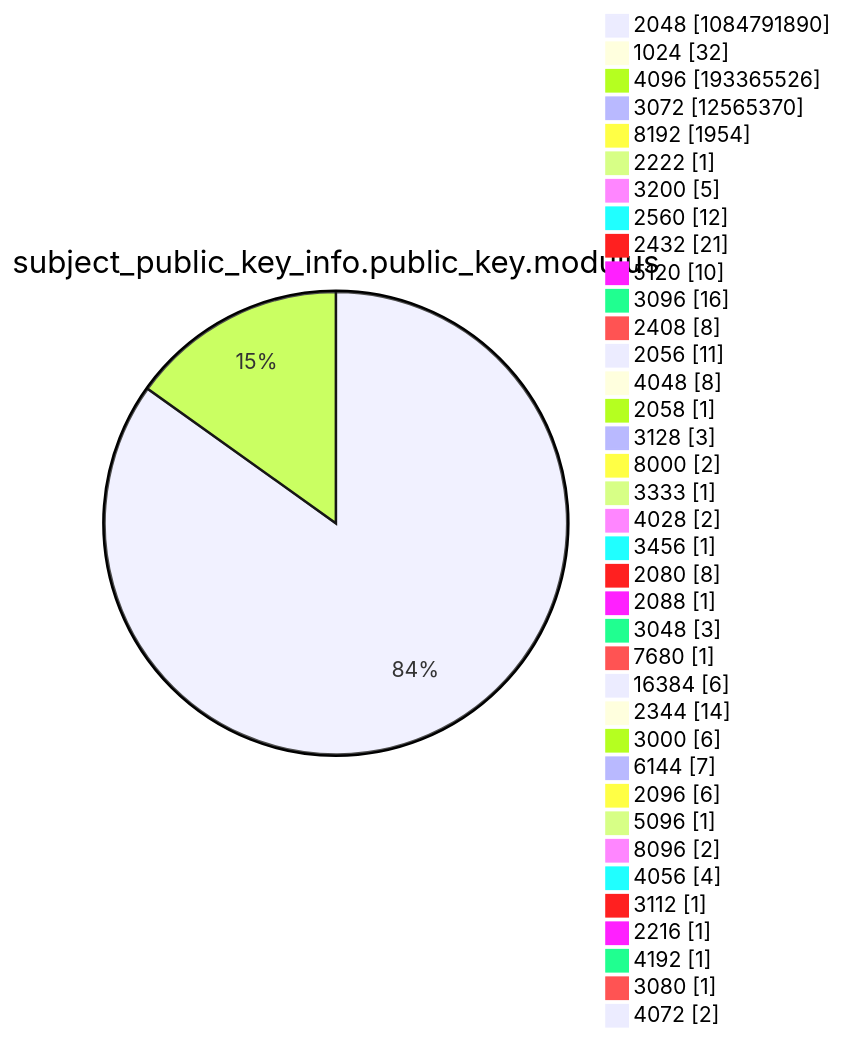
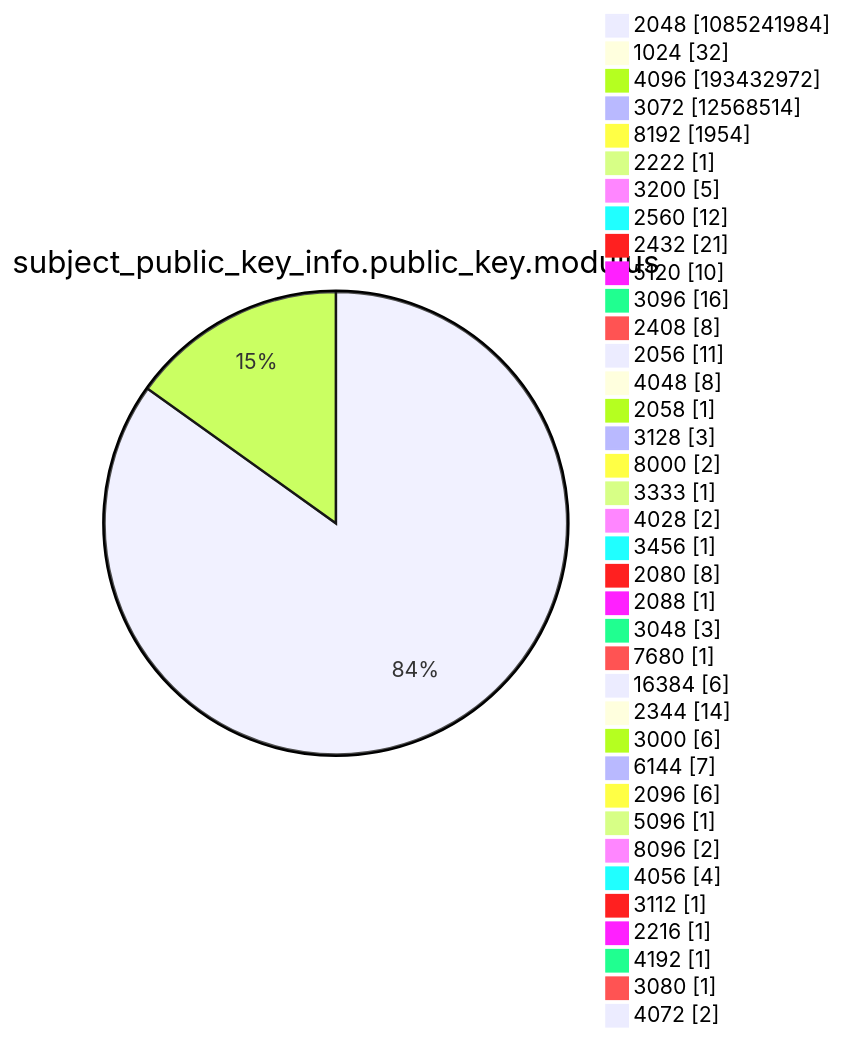
Before and after one commit to christiankrug/ctmonitor_visualization: diagram 13 of 15 in argon2022/README.md, drawn with Mermaid. The commit also changed other lines of this file, not shown here.

````diff
--- a/argon2022/README.md
+++ b/argon2022/README.md
@@ -3589,41 +3589,41 @@
 ```mermaid
 pie showData
 title subject_public_key_info.public_key.modulus
-"2048" :1084791890
+"2048" :1085241984
 "1024" :32
-"4096" :193365526
-"3072" :12565370
+"4096" :193432972
+"3072" :12568514
 "8192" :1954
 "2222" :1
 "3200" :5
 "2560" :12
 "2432" :21
 "5120" :10
 "3096" :16
 "2408" :8
 "2056" :11
 "4048" :8
 "2058" :1
 "3128" :3
 "8000" :2
 "3333" :1
 "4028" :2
 "3456" :1
 "2080" :8
 "2088" :1
 "3048" :3
 "7680" :1
 "16384" :6
 "2344" :14
 "3000" :6
 "6144" :7
 "2096" :6
 "5096" :1
 "8096" :2
 "4056" :4
 "3112" :1
 "2216" :1
 "4192" :1
 "3080" :1
 "4072" :2
 ```
````
